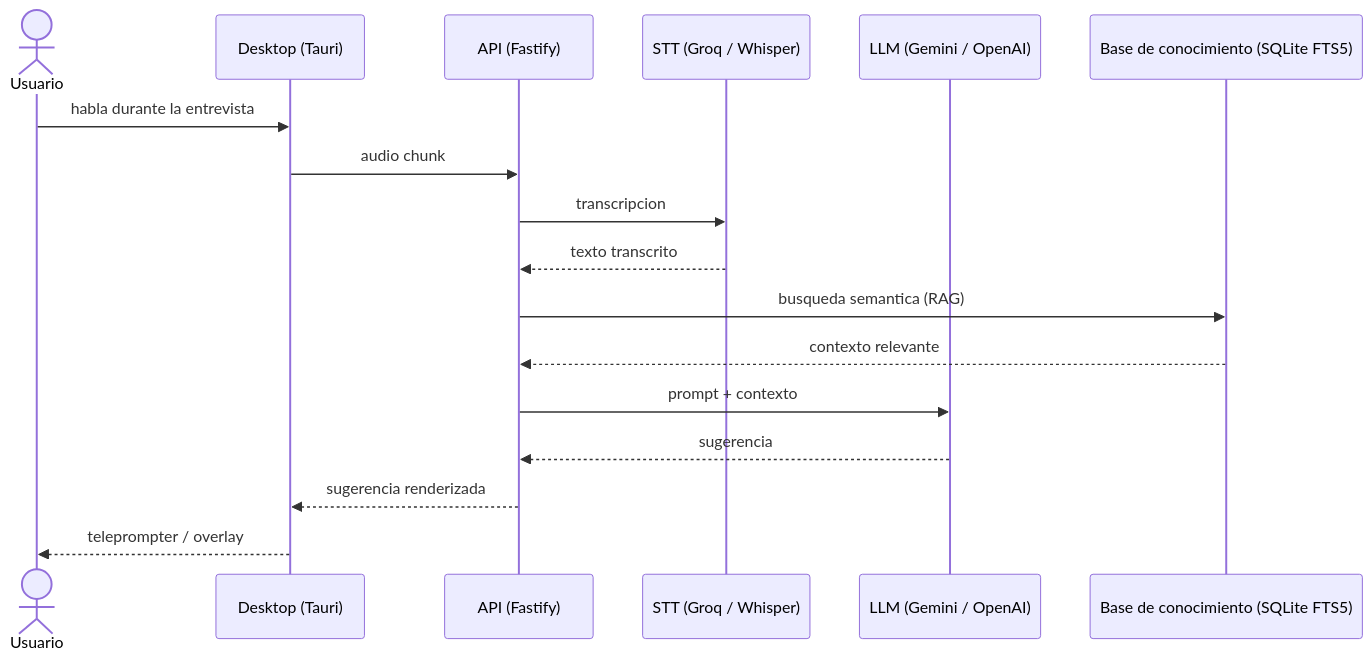
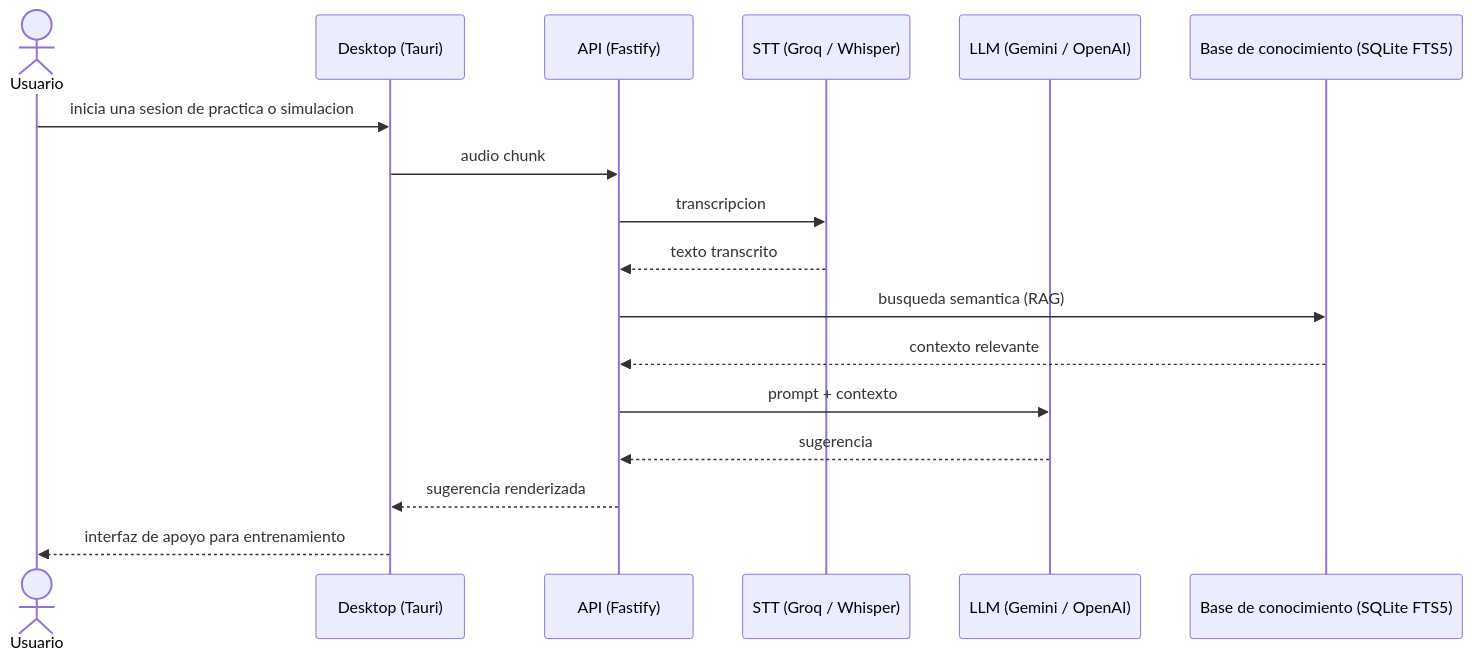
The second of 5 diagrams in docs/ARQUITECTURA.md (Fralopala2/Epsylon-show), drawn with Mermaid before and after one commit. The commit also changed other lines of this file, not shown here.

Commit message:
docs: Update ARQUITECTURA

````diff
--- a/docs/ARQUITECTURA.md
+++ b/docs/ARQUITECTURA.md
@@ -63,20 +63,20 @@
 ```mermaid
 sequenceDiagram
     actor Usuario
     participant Desktop as Desktop (Tauri)
     participant API as API (Fastify)
     participant STT as STT (Groq / Whisper)
     participant LLM as LLM (Gemini / OpenAI)
     participant KB as Base de conocimiento (SQLite FTS5)
 
-    Usuario->>Desktop: habla durante la entrevista
+    Usuario->>Desktop: inicia una sesion de practica o simulacion
     Desktop->>API: audio chunk
     API->>STT: transcripcion
     STT-->>API: texto transcrito
     API->>KB: busqueda semantica (RAG)
     KB-->>API: contexto relevante
     API->>LLM: prompt + contexto
     LLM-->>API: sugerencia
     API-->>Desktop: sugerencia renderizada
-    Desktop-->>Usuario: teleprompter / overlay
+    Desktop-->>Usuario: interfaz de apoyo para entrenamiento
 ```
````
